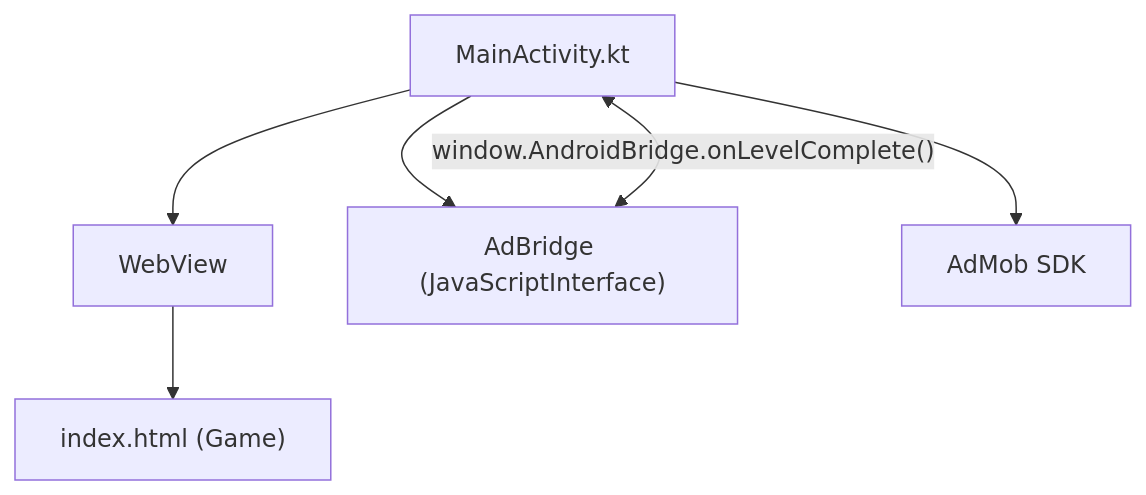
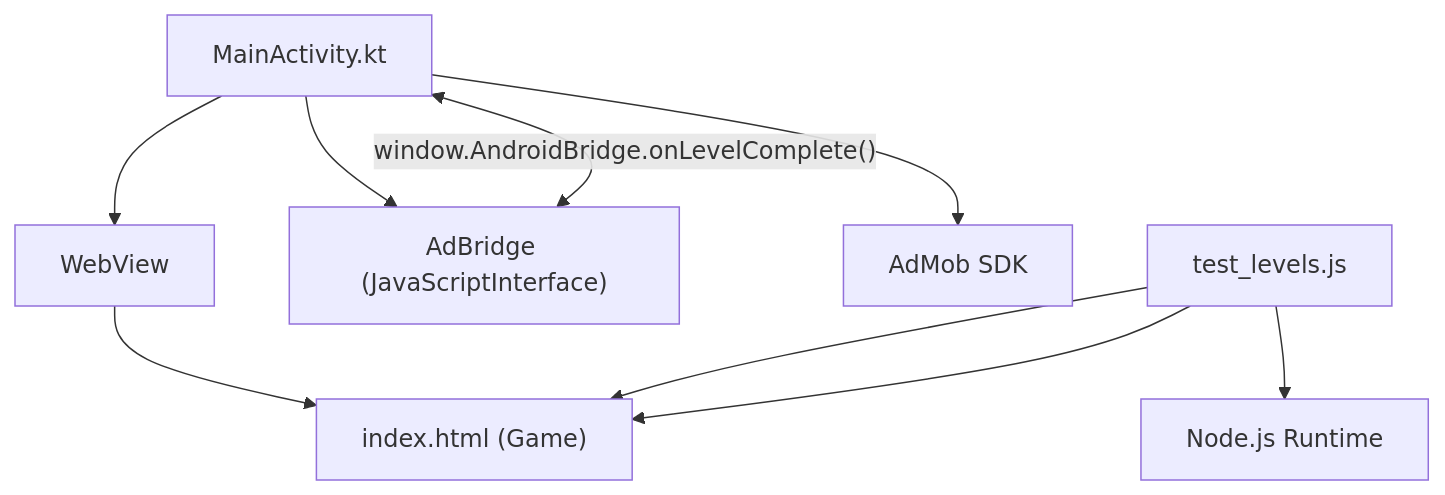
One commit to chetanck03/games changed the second of 5 diagrams in .qoder/repowiki/en/content/Testing & Deployment.md. Above: the diagram before and after it, drawn with Mermaid. The commit also changed other lines of this file and 4 other files, not shown here.

First line of the commit message:
test(levels): add Node.js test framework for Ball Sort Puzzle validation

````diff
--- a/.qoder/repowiki/en/content/Testing & Deployment.md
+++ b/.qoder/repowiki/en/content/Testing & Deployment.md
@@ -117,13 +135,18 @@
 ```mermaid
 graph TB
 M["MainActivity.kt"]
 WV["WebView"]
 JS["index.html (Game)"]
 BR["AdBridge (JavaScriptInterface)"]
 AD["AdMob SDK"]
+NT["Node.js Runtime"]
+TL["test_levels.js"]
 M --> WV
 WV --> JS
 M --> BR
 BR <-- "window.AndroidBridge.onLevelComplete()" --> M
 M --> AD
+TL --> NT
+TL --> JS
+TL --> JS
 ```
````
